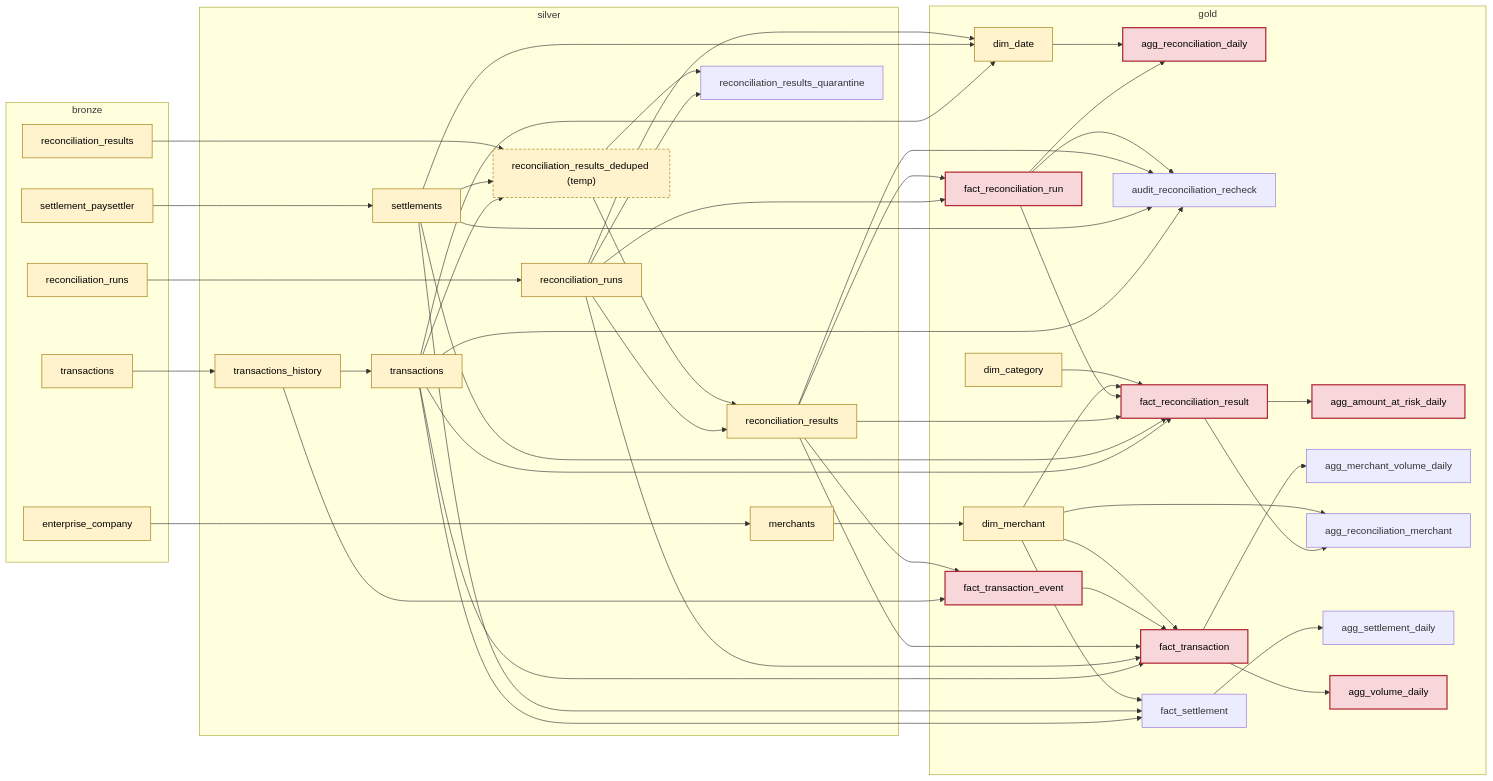
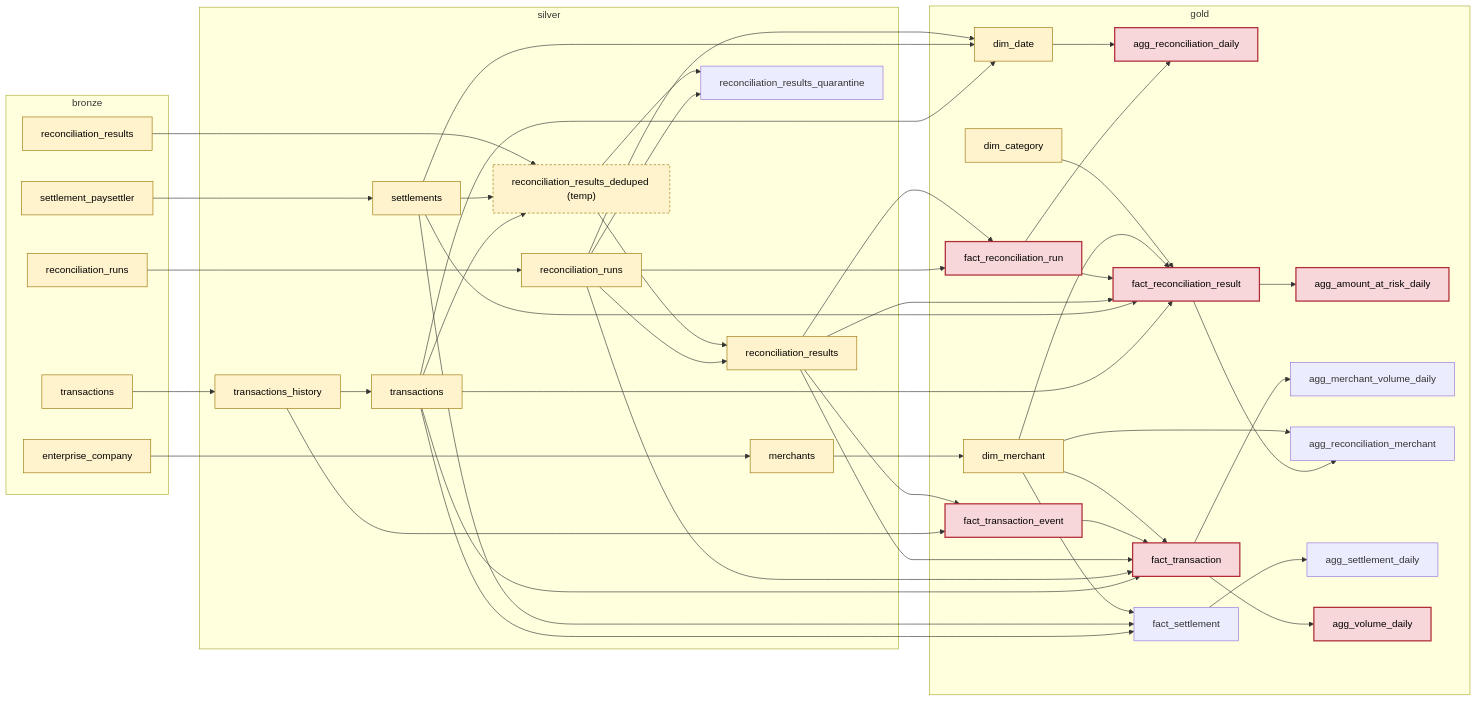
One commit to GabriellRodrigues/data-engineer-challenge changed the diagram in docs/pipeline_docs/lineage.md. Above: the diagram before and after it, drawn with Mermaid. The commit also changed 14 other files, not shown here.

First line of the commit message:
refactor: reconciliation recheck as a Gold data quality check

```diff
--- a/docs/pipeline_docs/lineage.md
+++ b/docs/pipeline_docs/lineage.md
@@ -39,7 +39,6 @@
         gold__agg_reconciliation_merchant["agg_reconciliation_merchant"]
         gold__agg_settlement_daily["agg_settlement_daily"]
         gold__agg_volume_daily["agg_volume_daily"]
-        gold__audit_reconciliation_recheck["audit_reconciliation_recheck"]
         gold__dim_category["dim_category"]
         gold__dim_date["dim_date"]
         gold__dim_merchant["dim_merchant"]
@@ -63,14 +62,12 @@
     gold__fact_reconciliation_result --> gold__agg_amount_at_risk_daily
     gold__fact_reconciliation_result --> gold__agg_reconciliation_merchant
     gold__fact_reconciliation_run --> gold__agg_reconciliation_daily
-    gold__fact_reconciliation_run --> gold__audit_reconciliation_recheck
     gold__fact_reconciliation_run --> gold__fact_reconciliation_result
     gold__fact_settlement --> gold__agg_settlement_daily
     gold__fact_transaction --> gold__agg_merchant_volume_daily
     gold__fact_transaction --> gold__agg_volume_daily
     gold__fact_transaction_event --> gold__fact_transaction
     silver__merchants --> gold__dim_merchant
-    silver__reconciliation_results --> gold__audit_reconciliation_recheck
     silver__reconciliation_results --> gold__fact_reconciliation_result
     silver__reconciliation_results --> gold__fact_reconciliation_run
     silver__reconciliation_results --> gold__fact_transaction
@@ -82,12 +79,10 @@
     silver__reconciliation_runs --> gold__fact_transaction
     silver__reconciliation_runs --> silver__reconciliation_results
     silver__reconciliation_runs --> silver__reconciliation_results_quarantine
-    silver__settlements --> gold__audit_reconciliation_recheck
     silver__settlements --> gold__dim_date
     silver__settlements --> gold__fact_reconciliation_result
     silver__settlements --> gold__fact_settlement
     silver__settlements --> silver__reconciliation_results_deduped
-    silver__transactions --> gold__audit_reconciliation_recheck
     silver__transactions --> gold__dim_date
     silver__transactions --> gold__fact_reconciliation_result
     silver__transactions --> gold__fact_settlement
```
